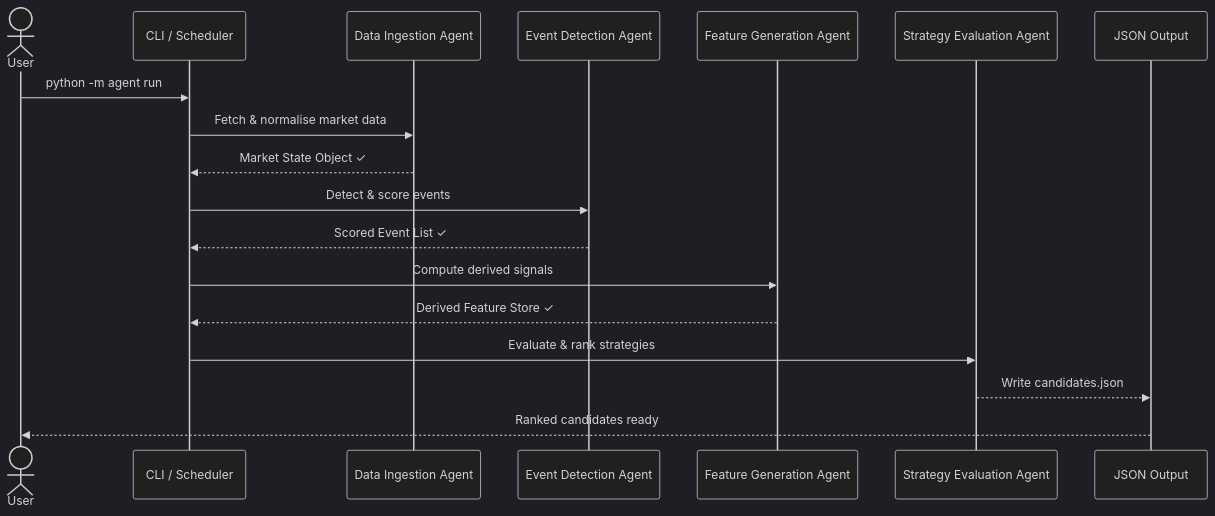
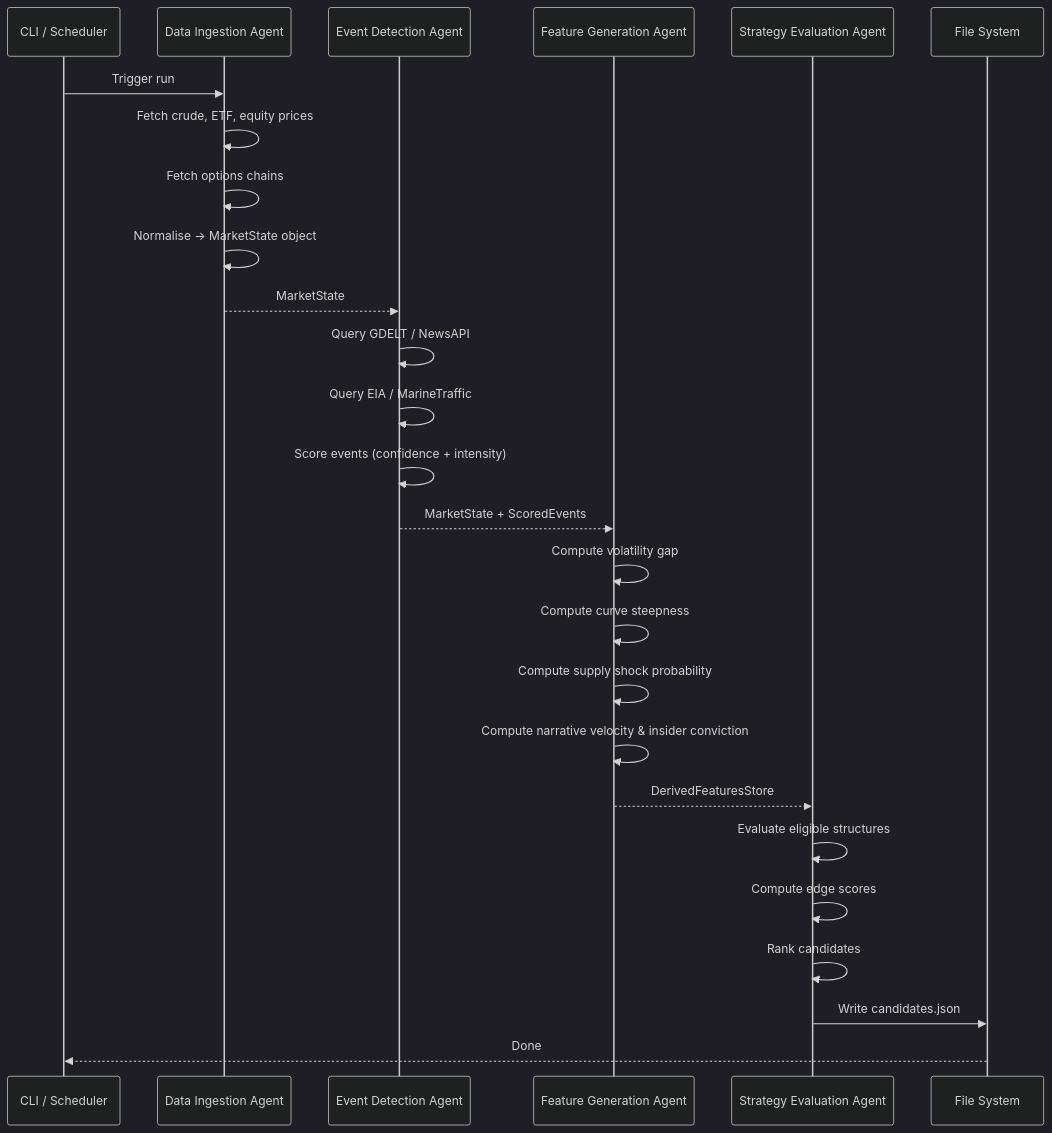
One commit to jeisenback/golden_boy_peanuts changed the second of 2 diagrams in docs/generated/user_guide_full-pipeline.md. Above: the diagram before and after it, drawn with Mermaid (dark theme). The commit also changed other lines of this file, not shown here.

Commit message:
docs: regenerate user guide [skip ci]

````diff
--- a/docs/generated/user_guide_full-pipeline.md
+++ b/docs/generated/user_guide_full-pipeline.md
@@ -234,21 +214,32 @@
 ```mermaid
 sequenceDiagram
-    actor User
     participant CLI as CLI / Scheduler
     participant DIA as Data Ingestion Agent
     participant EDA as Event Detection Agent
     participant FGA as Feature Generation Agent
     participant SEA as Strategy Evaluation Agent
-    participant OUT as JSON Output
+    participant FS as File System
 
-    User->>CLI: python -m agent run
-    CLI->>DIA: Fetch & normalise market data
-    DIA-->>CLI: Market State Object ✓
-    CLI->>EDA: Detect & score events
-    EDA-->>CLI: Scored Event List ✓
-    CLI->>FGA: Compute derived signals
-    FGA-->>CLI: Derived Feature Store ✓
-    CLI->>SEA: Evaluate & rank strategies
-    SEA-->>OUT: Write candidates.json
-    OUT-->>User: Ranked candidates ready
+    CLI->>DIA: Trigger run
+    DIA->>DIA: Fetch crude, ETF, equity prices
+    DIA->>DIA: Fetch options chains
+    DIA->>DIA: Normalise → MarketState object
+    DIA-->>EDA: MarketState
+
+    EDA->>EDA: Query GDELT / NewsAPI
+    EDA->>EDA: Query EIA / MarineTraffic
+    EDA->>EDA: Score events (confidence + intensity)
+    EDA-->>FGA: MarketState + ScoredEvents
+
+    FGA->>FGA: Compute volatility gap
+    FGA->>FGA: Compute curve steepness
+    FGA->>FGA: Compute supply shock probability
+    FGA->>FGA: Compute narrative velocity & insider conviction
+    FGA-->>SEA: DerivedFeaturesStore
+
+    SEA->>SEA: Evaluate eligible structures
+    SEA->>SEA: Compute edge scores
+    SEA->>SEA: Rank candidates
+    SEA->>FS: Write candidates.json
+    FS-->>CLI: Done
 ```
````
